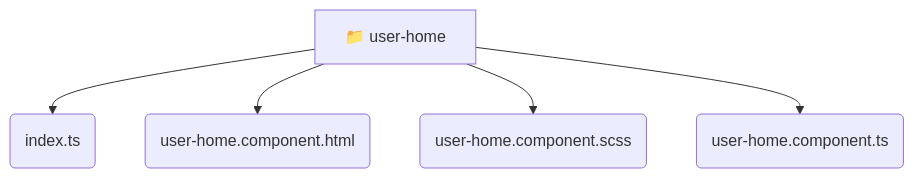
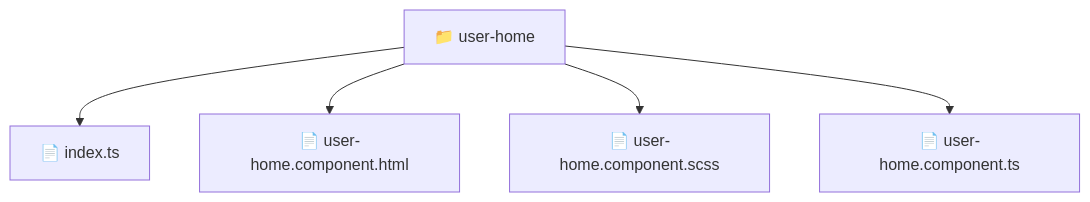
The diagram in frontend/src/pages/user-home/README.md (beginwebdev2002/fullstack-mavluda), drawn with Mermaid before and after one commit. The commit also changed other lines of this file and 163 other files, not shown here.

````diff
--- a/frontend/src/pages/user-home/README.md
+++ b/frontend/src/pages/user-home/README.md
@@ -11,8 +10,8 @@
 ```mermaid
 graph TD
-  user_home[📁 user-home]
-  user_home --> user_home_index_ts(index.ts)
-  user_home --> user_home_user_home_component_html(user-home.component.html)
-  user_home --> user_home_user_home_component_scss(user-home.component.scss)
-  user_home --> user_home_user_home_component_ts(user-home.component.ts)
+  Root["📁 user-home"]
+  Root --> indexts["📄 index.ts"]
+  Root --> userhomecomponenthtml["📄 user-home.component.html"]
+  Root --> userhomecomponentscss["📄 user-home.component.scss"]
+  Root --> userhomecomponentts["📄 user-home.component.ts"]
 ```
````
